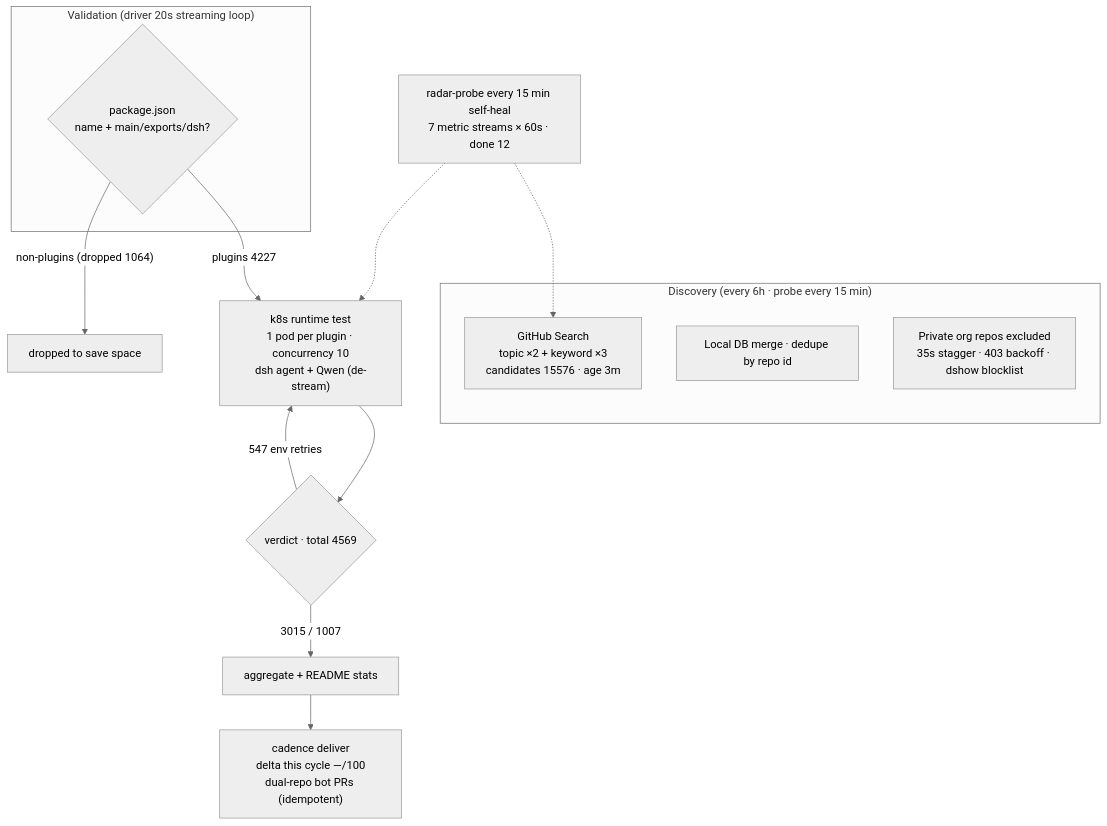
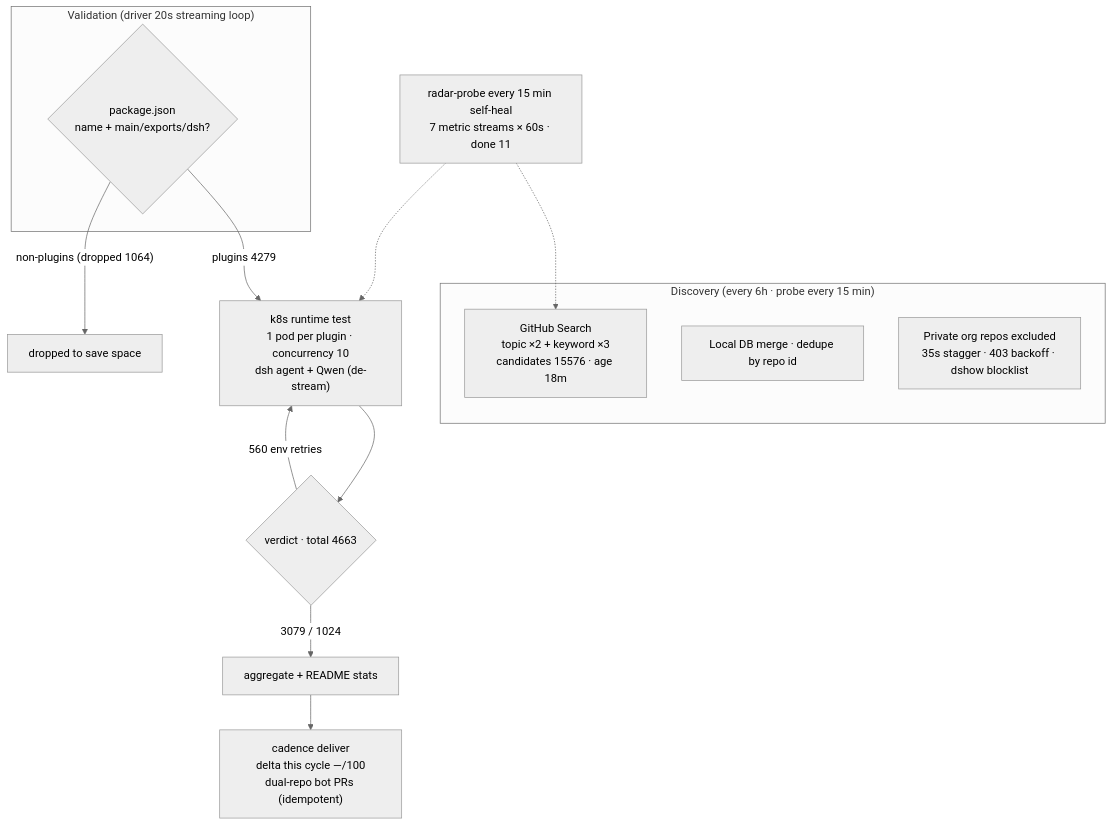
Before and after one commit to AdamPlatin123/awesome-dsh-plugins: the diagram in README.en-US.md, drawn with Mermaid (neutral theme). The commit also changed other lines of this file and 5 other files, not shown here.

````diff
--- a/README.en-US.md
+++ b/README.en-US.md
@@ -30,20 +30,20 @@
 ```mermaid
 flowchart TB
     subgraph Discovery["Discovery (every 6h · probe every 15 min)"]
-        A1["GitHub Search<br/>topic ×2 + keyword ×3<br/>candidates 15576 · age 3m"]
+        A1["GitHub Search<br/>topic ×2 + keyword ×3<br/>candidates 15576 · age 18m"]
         A2["Local DB merge · dedupe by repo id"]
         A3["Private org repos excluded<br/>35s stagger · 403 backoff · dshow blocklist"]
     end
     subgraph Validation["Validation (driver 20s streaming loop)"]
         B1{"package.json<br/>name + main/exports/dsh?"}
     end
-    B1 -->|"plugins 4227"| C1["k8s runtime test<br/>1 pod per plugin · concurrency 10<br/>dsh agent + Qwen (de-stream)"]
+    B1 -->|"plugins 4279"| C1["k8s runtime test<br/>1 pod per plugin · concurrency 10<br/>dsh agent + Qwen (de-stream)"]
     B1 -->|"non-plugins (dropped 1064)"| B3["dropped to save space"]
-    C1 --> D1{"verdict · total 4569"}
-    D1 -->|"3015 / 1007"| E1["aggregate + README stats"]
-    D1 -->|"547 env retries"| C1
+    C1 --> D1{"verdict · total 4663"}
+    D1 -->|"3079 / 1024"| E1["aggregate + README stats"]
+    D1 -->|"560 env retries"| C1
     E1 --> E2["cadence deliver<br/>delta this cycle —/100<br/>dual-repo bot PRs (idempotent)"]
-    M["radar-probe every 15 min self-heal<br/>7 metric streams × 60s · done 12"]
+    M["radar-probe every 15 min self-heal<br/>7 metric streams × 60s · done 11"]
     M -.-> A1
     M -.-> C1
 ```
````
